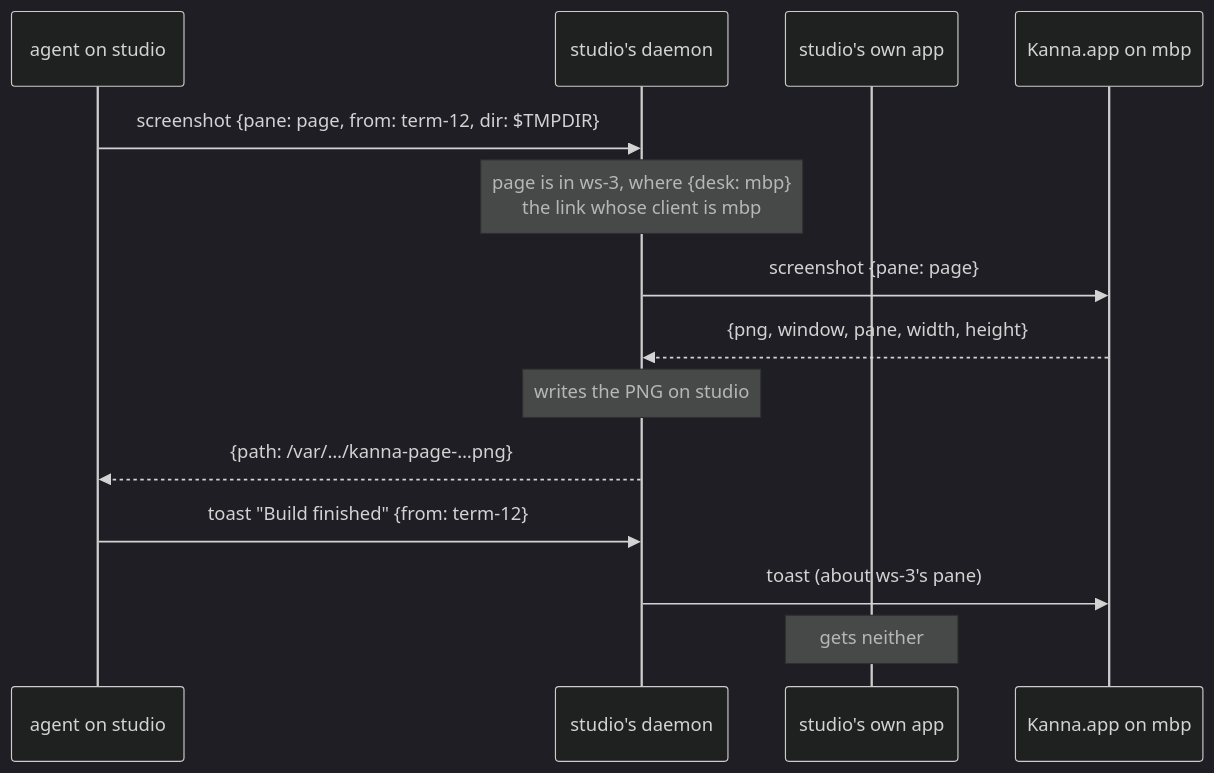
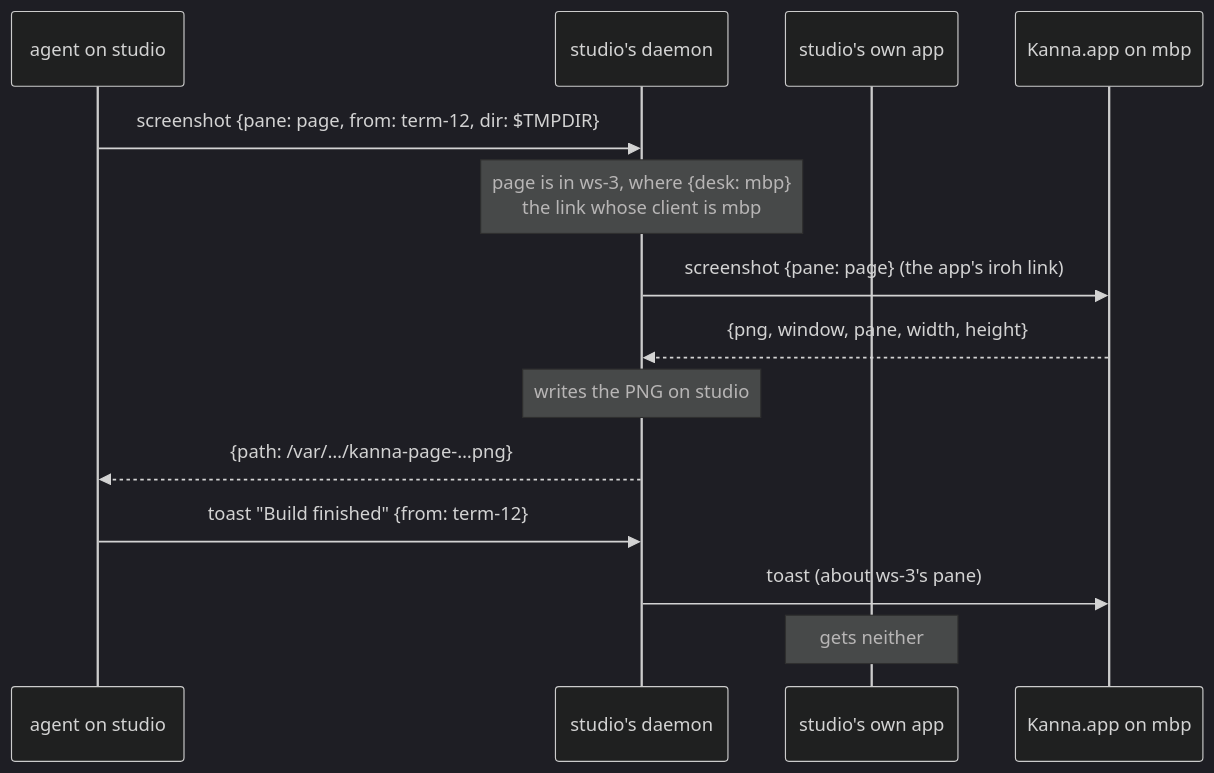
The second of 3 diagrams in docs/specs/remote-workspaces.md (tampopogk/kanna), drawn with Mermaid (dark theme) before and after one commit. The commit also changed other lines of this file, not shown here.

Commit message:
remote-workspaces.md: a request for a view goes to the remote app on its own iroh link, not through its machine's daemon

````diff
--- a/docs/specs/remote-workspaces.md
+++ b/docs/specs/remote-workspaces.md
@@ -56,16 +56,16 @@
 ```mermaid
 sequenceDiagram
     participant A as agent on studio
     participant D as studio's daemon
     participant S as studio's own app
     participant M as Kanna.app on mbp
     A->>D: screenshot {pane: page, from: term-12, dir: $TMPDIR}
     Note over D: page is in ws-3, where {desk: mbp}<br/>the link whose client is mbp
-    D->>M: screenshot {pane: page}
+    D->>M: screenshot {pane: page} (the app's iroh link)
     M-->>D: {png, window, pane, width, height}
     Note over D: writes the PNG on studio
     D-->>A: {path: /var/…/kanna-page-…png}
     A->>D: toast "Build finished" {from: term-12}
     D->>M: toast (about ws-3's pane)
     Note over S: gets neither
 ```
````
